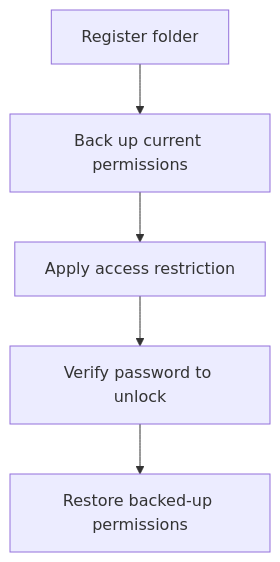
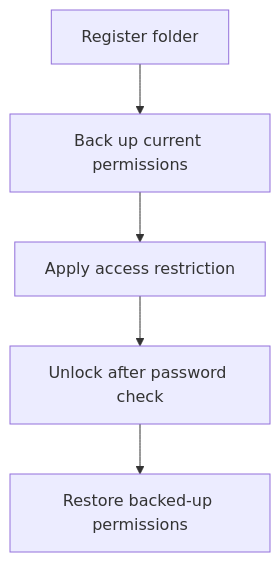
Before and after one commit to esleeeeee/eslee-folder-locker: the diagram in README.en.md, drawn with Mermaid. The commit also changed other lines of this file and 10 other files, not shown here.

````diff
--- a/README.en.md
+++ b/README.en.md
@@ -290,7 +254,7 @@
 ```mermaid
 flowchart TD
     A[Register folder] --> B[Back up current permissions]
     B --> C[Apply access restriction]
-    C --> D[Verify password to unlock]
+    C --> D[Unlock after password check]
     D --> E[Restore backed-up permissions]
 ```
````
